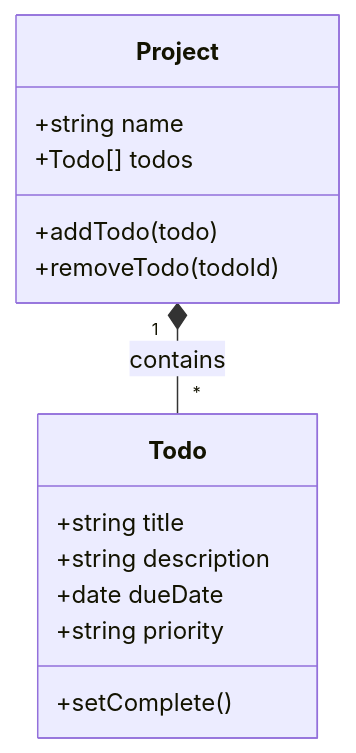
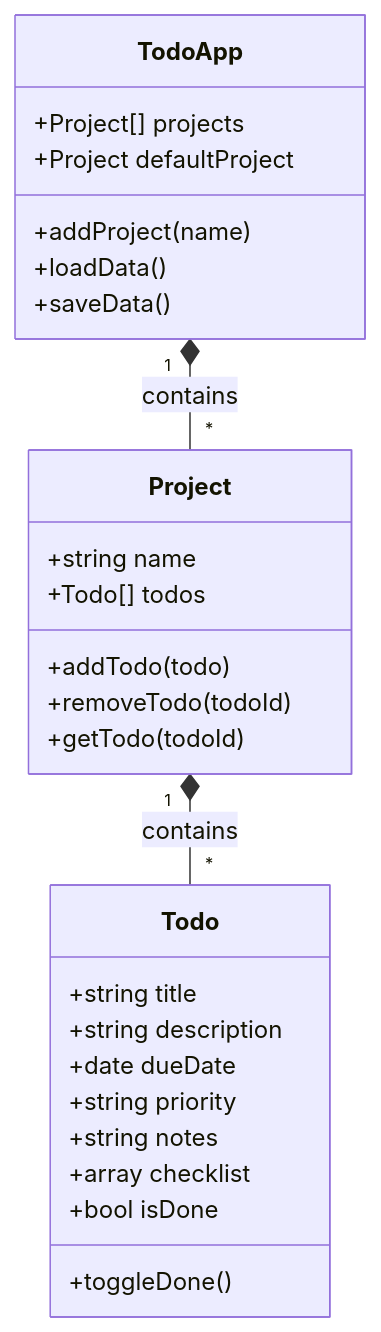
Before and after one commit to UlumDcode/odin-todo: the diagram in docs/02-data-model.md, drawn with Mermaid. The commit also changed other lines of this file and 3 other files, not shown here.

````diff
--- a/docs/02-data-model.md
+++ b/docs/02-data-model.md
@@ -6,17 +6,29 @@
 ```mermaid
 classDiagram
     class Todo {
         +string title
         +string description
         +date dueDate
         +string priority
-        +setComplete()
+        +string notes
+        +array checklist
+        +bool isDone
+        +toggleDone()
     }
     class Project {
         +string name
         +Todo[] todos
         +addTodo(todo)
         +removeTodo(todoId)
+        +getTodo(todoId)
     }
+    class TodoApp {
+        +Project[] projects
+        +Project defaultProject
+        +addProject(name)
+        +loadData()
+        +saveData()
+    }
+    TodoApp "1" *-- "*" Project : contains
     Project "1" *-- "*" Todo : contains
 ```
````
